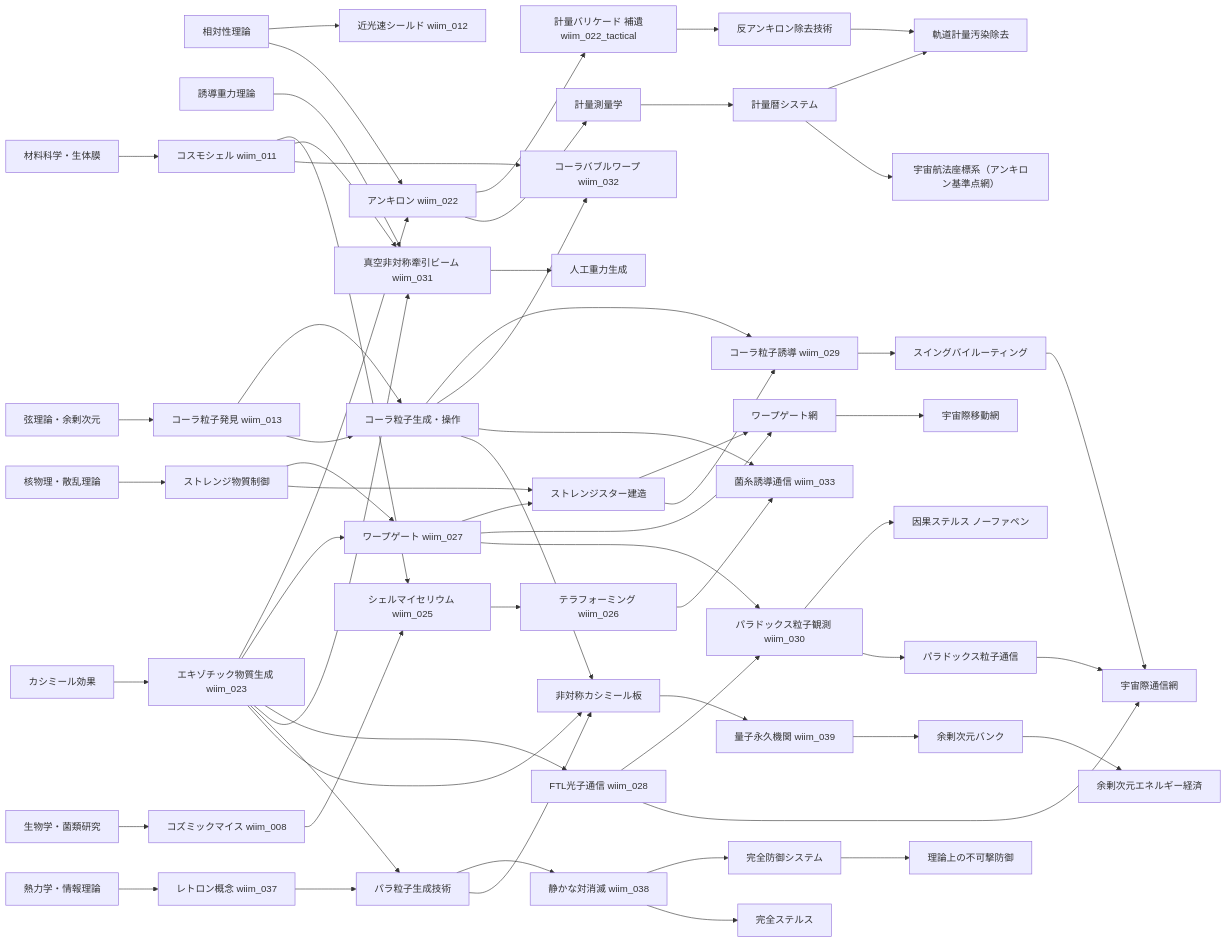
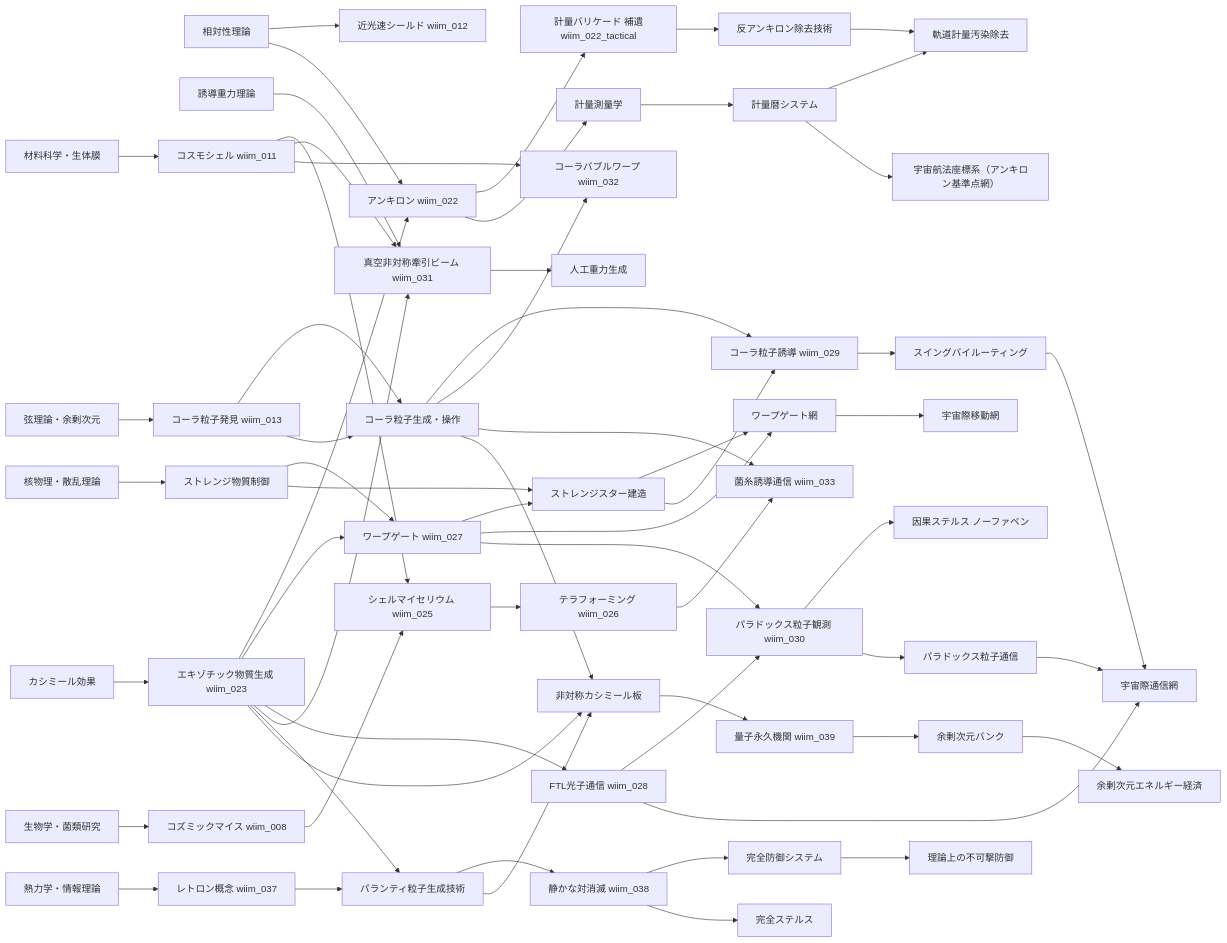
Before and after one commit to theronium/WhatIfImpossible: the first of 7 diagrams in docs/notes/tech_tree.md, drawn with Mermaid. The commit also changed other lines of this file and 35 other files, not shown here.

````diff
--- a/docs/notes/tech_tree.md
+++ b/docs/notes/tech_tree.md
@@ -16,77 +16,77 @@
 ```mermaid
 flowchart LR
     C0A[カシミール効果]
     C0B[弦理論・余剰次元]
     C0C[核物理・散乱理論]
     C0D[生物学・菌類研究]
     C0E[相対性理論]
     C0F[材料科学・生体膜]
     C0G[誘導重力理論]
     C0H[熱力学・情報理論]
 
     C0A --> T1A[エキゾチック物質生成 wiim_023]
     C0B --> T1B[コーラ粒子発見 wiim_013]
     C0F --> T1C[コスモシェル wiim_011]
     C0C --> T1D[ストレンジ物質制御]
     C0D --> T1E[コズミックマイス wiim_008]
     C0E --> T2F[近光速シールド wiim_012]
     C0E --> T1F[アンキロン wiim_022]
     T1A --> T1F
     C0G --> T2G[真空非対称牽引ビーム wiim_031]
 
     T1A --> T2A[ワープゲート wiim_027]
     T1A --> T2B[FTL光子通信 wiim_028]
     T1A --> T2G
     T1B --> T2C[コーラ粒子生成・操作]
     T1C --> T2E[シェルマイセリウム wiim_025]
     T1C --> T2G
     T1D --> T2A
     T1D --> T2D[ストレンジスター建造]
     T1E --> T2E
 
     T2A --> T2D
     T2A --> T3A[ワープゲート網]
     T2A --> T2H[パラドックス粒子観測 wiim_030]
     T2B --> T2H
     T2C --> T3B[コーラ粒子誘導 wiim_029]
     T2C --> T3I[コーラバブルワープ wiim_032]
     T1C --> T3I
     T2D --> T3A
     T2D --> T3B
     T2E --> T3C[テラフォーミング wiim_026]
     T2C --> T3H[菌糸誘導通信 wiim_033]
     T3C --> T3H
     T2G --> T3E[人工重力生成]
     T2H --> T3F[因果ステルス ノーファペン]
     T2H --> T3G[パラドックス粒子通信]
 
     T3B --> T3D[スイングバイルーティング]
     T3D --> T4B[宇宙際通信網]
     T3A --> T4A[宇宙際移動網]
     T2B --> T4B
     T3G --> T4B
 
     C0H --> T1G[レトロン概念 wiim_037]
-    T1A --> T1H[パラ粒子生成技術]
+    T1A --> T1H[パランティ粒子生成技術]
     T1G --> T1H
     T1H --> T2N[静かな対消滅 wiim_038]
     T2N --> T3M[完全防御システム]
     T2N --> T3N[完全ステルス]
     T3M --> T4D[理論上の不可撃防御]
 
     T1A --> T1I[非対称カシミール板]
     T1B --> T2C
     T2C --> T1I
     T1I --> T2O[量子永久機関 wiim_039]
     T1H --> T1I
     T2O --> T3P[余剰次元バンク]
     T3P --> T4E[余剰次元エネルギー経済]
 
     T1F --> T2K[計量バリケード 補遺wiim_022_tactical]
     T1F --> T2L[計量測量学]
     T2K --> T2M[反アンキロン除去技術]
     T2L --> T3K[計量暦システム]
     T2M --> T3L[軌道計量汚染除去]
     T3K --> T3L
     T3K --> T4C[宇宙航法座標系（アンキロン基準点網）]
 ```
````
